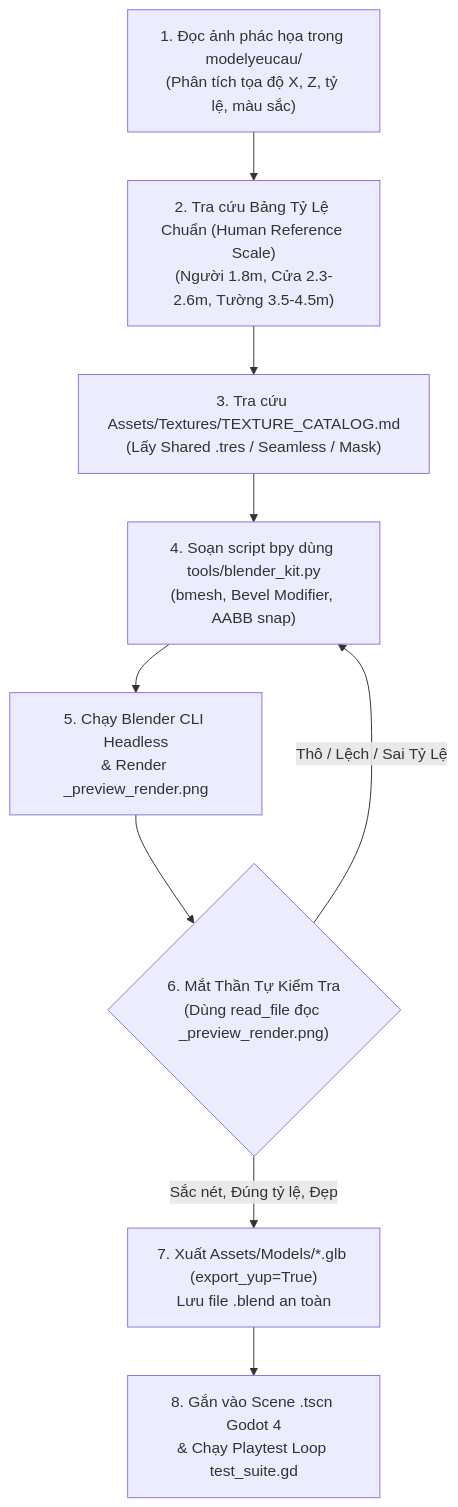
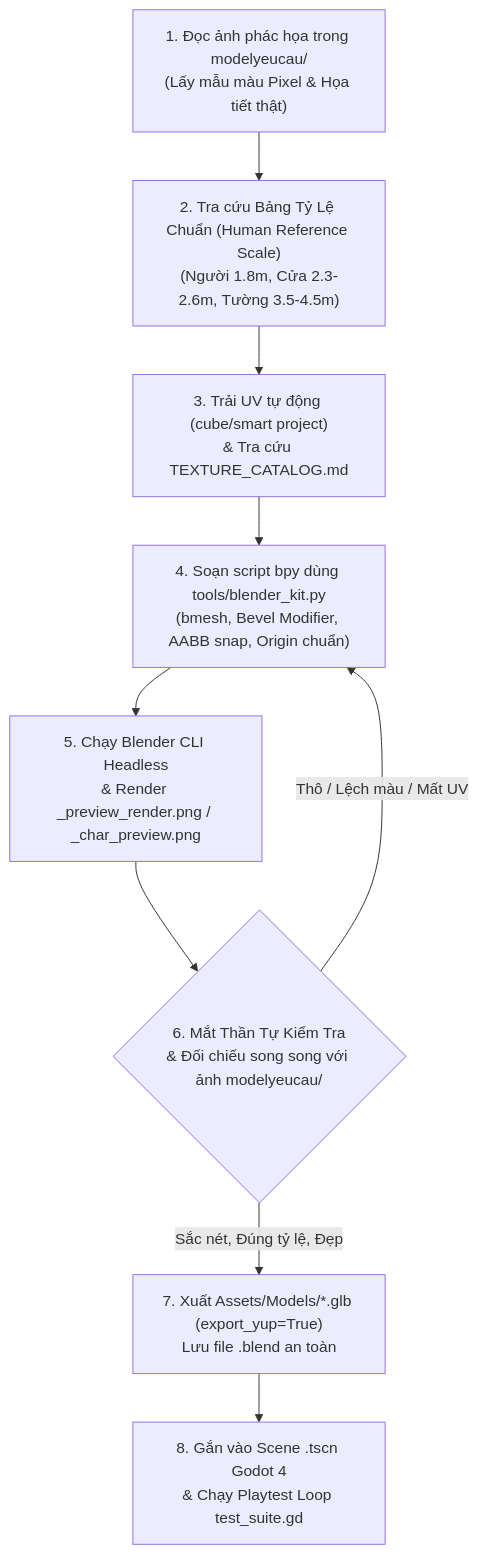
Before and after one commit to namsoaica/gamexnhau: the second of 2 diagrams in .agents/skills/blender-helper/SKILL.md, drawn with Mermaid. The commit also changed other lines of this file and 5 other files, not shown here.

Commit message:
feat: establish texture sampling, mandatory UV unwrapping, 3D material check, side-by-side visual diff and character rigging pipeline

````diff
--- a/.agents/skills/blender-helper/SKILL.md
+++ b/.agents/skills/blender-helper/SKILL.md
@@ -87,11 +168,11 @@
 ```mermaid
 flowchart TD
-    Sketch["1. Đọc ảnh phác họa trong modelyeucau/<br>(Phân tích tọa độ X, Z, tỷ lệ, màu sắc)"] --> ScaleCheck["2. Tra cứu Bảng Tỷ Lệ Chuẩn (Human Reference Scale)<br>(Người 1.8m, Cửa 2.3-2.6m, Tường 3.5-4.5m)"]
-    ScaleCheck --> Tex["3. Tra cứu Assets/Textures/TEXTURE_CATALOG.md<br>(Lấy Shared .tres / Seamless / Mask)"]
-    Tex --> Script["4. Soạn script bpy dùng tools/blender_kit.py<br>(bmesh, Bevel Modifier, AABB snap)"]
-    Script --> Exec["5. Chạy Blender CLI Headless<br>& Render _preview_render.png"]
-    Exec --> Eye{"6. Mắt Thần Tự Kiểm Tra<br>(Dùng read_file đọc _preview_render.png)"}
-    Eye -- "Thô / Lệch / Sai Tỷ Lệ" --> Script
+    Sketch["1. Đọc ảnh phác họa trong modelyeucau/<br>(Lấy mẫu màu Pixel & Họa tiết thật)"] --> ScaleCheck["2. Tra cứu Bảng Tỷ Lệ Chuẩn (Human Reference Scale)<br>(Người 1.8m, Cửa 2.3-2.6m, Tường 3.5-4.5m)"]
+    ScaleCheck --> Tex["3. Trải UV tự động (cube/smart project)<br>& Tra cứu TEXTURE_CATALOG.md"]
+    Tex --> Script["4. Soạn script bpy dùng tools/blender_kit.py<br>(bmesh, Bevel Modifier, AABB snap, Origin chuẩn)"]
+    Script --> Exec["5. Chạy Blender CLI Headless<br>& Render _preview_render.png / _char_preview.png"]
+    Exec --> Eye{"6. Mắt Thần Tự Kiểm Tra<br>& Đối chiếu song song với ảnh modelyeucau/"}
+    Eye -- "Thô / Lệch màu / Mất UV" --> Script
     Eye -- "Sắc nét, Đúng tỷ lệ, Đẹp" --> Export["7. Xuất Assets/Models/*.glb (export_yup=True)<br>Lưu file .blend an toàn"]
     Export --> GodotScene["8. Gắn vào Scene .tscn Godot 4<br>& Chạy Playtest Loop test_suite.gd"]
 ```
````
